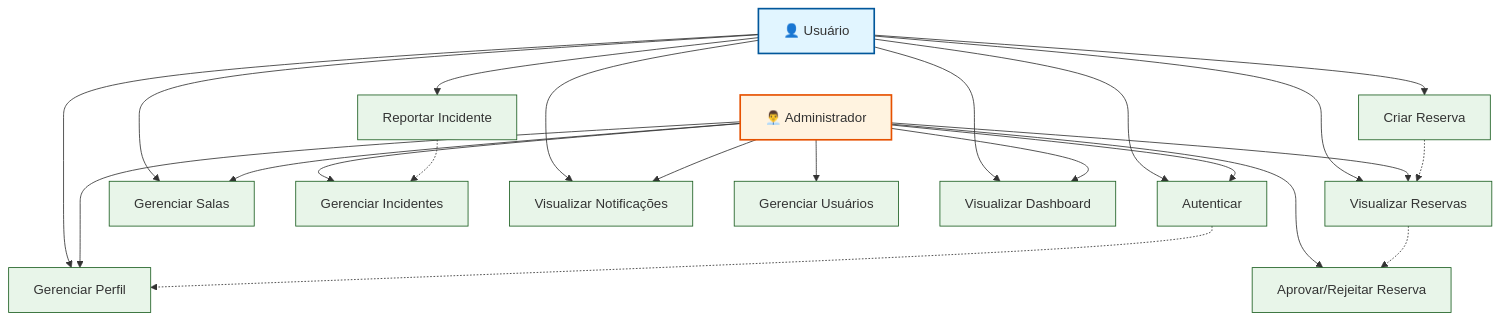
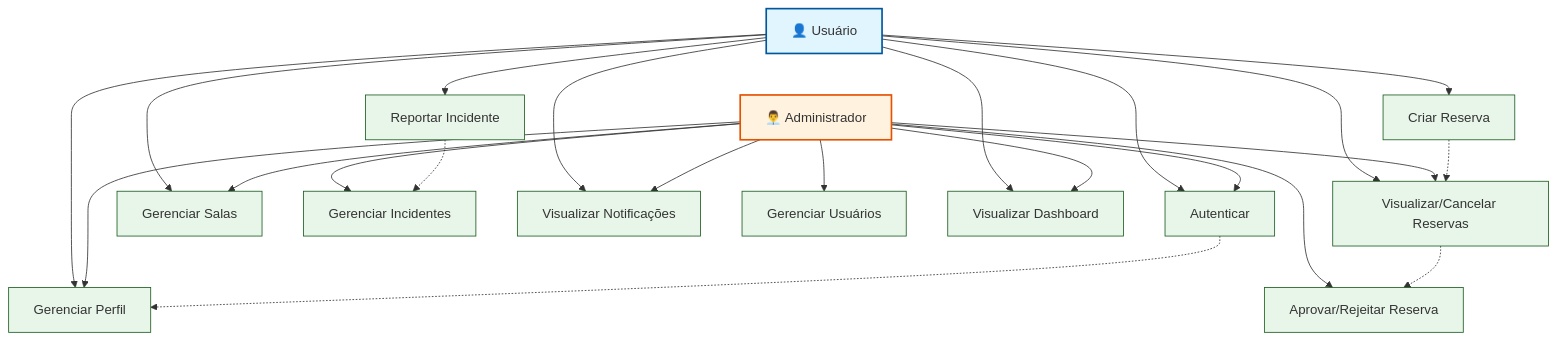
One commit to oCaioAug/SALA changed the diagram in docs/Diagrama-Casos-de-Uso-Web.md. Above: the diagram before and after it, drawn with Mermaid. The commit also changed other lines of this file and 5 other files, not shown here.

Commit message:
docs: add architecture and business model documentation for SALA Web application

````diff
--- a/docs/Diagrama-Casos-de-Uso-Web.md
+++ b/docs/Diagrama-Casos-de-Uso-Web.md
@@ -3,66 +3,66 @@
 ```mermaid
 graph TB
     %% Atores (topo)
     User[👤 Usuário]
     Admin[👨‍💼 Administrador]
 
     %% Casos de Uso - Autenticação (esquerda)
     UC1[Autenticar]
     UC2[Gerenciar Perfil]
 
     %% Casos de Uso - Reservas (centro-esquerda)
     UC3[Criar Reserva]
-    UC4[Visualizar Reservas]
+    UC4[Visualizar/Cancelar Reservas]
     UC5[Aprovar/Rejeitar Reserva]
 
     %% Casos de Uso - Salas (centro)
     UC6[Gerenciar Salas]
 
     %% Casos de Uso - Incidentes (centro-direita)
     UC7[Reportar Incidente]
     UC8[Gerenciar Incidentes]
 
     %% Casos de Uso - Notificações e Outros (direita)
     UC9[Visualizar Notificações]
     UC10[Gerenciar Usuários]
     UC11[Visualizar Dashboard]
 
     %% Layout: Atores no topo
     User ~~~ Admin
 
     %% Relacionamentos - Usuário
     User --> UC1
     User --> UC2
     User --> UC3
     User --> UC4
     User --> UC6
     User --> UC7
     User --> UC9
     User --> UC11
 
     %% Relacionamentos - Administrador
     Admin --> UC1
     Admin --> UC2
     Admin --> UC4
     Admin --> UC5
     Admin --> UC6
     Admin --> UC8
     Admin --> UC9
     Admin --> UC10
     Admin --> UC11
 
     %% Agrupamento visual (usando links invisíveis)
     UC1 -.-> UC2
     UC3 -.-> UC4
     UC4 -.-> UC5
     UC7 -.-> UC8
 
     %% Estilos
     classDef userClass fill:#e1f5ff,stroke:#01579b,stroke-width:2px
     classDef adminClass fill:#fff3e0,stroke:#e65100,stroke-width:2px
     classDef ucClass fill:#e8f5e9,stroke:#1b5e20,stroke-width:1px
 
     class User userClass
     class Admin adminClass
     class UC1,UC2,UC3,UC4,UC5,UC6,UC7,UC8,UC9,UC10,UC11 ucClass
 ```
````
